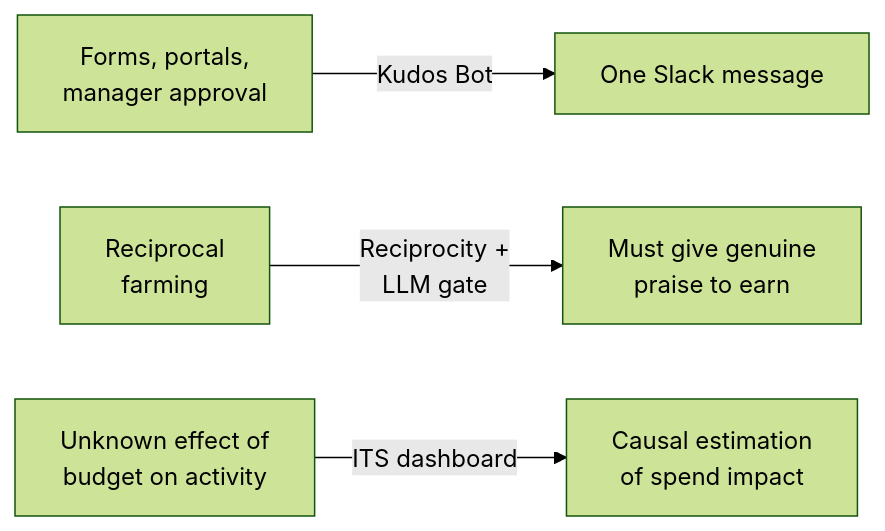
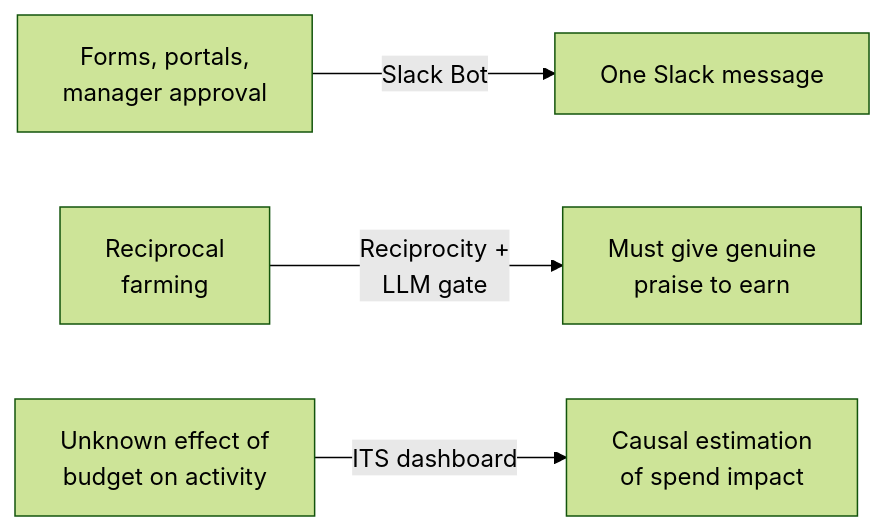
Before and after one commit to samanklesaria/kudos-bot: the first of 6 diagrams in presentation/slideshow.md, drawn with Mermaid (forest theme). The commit also changed other lines of this file and 10 other files, not shown here.

````diff
--- a/presentation/slideshow.md
+++ b/presentation/slideshow.md
@@ -7,6 +7,6 @@
 ```mermaid
 graph LR
-    A["Forms, portals,<br>manager approval"] -->|"Kudos Bot"| B["One Slack message"]
+    A["Forms, portals,<br>manager approval"] -->|"Slack Bot"| B["One Slack message"]
     C["Reciprocal<br>farming"] -->|"Reciprocity +<br>LLM gate"| D["Must give genuine<br>praise to earn"]
     E["Unknown effect of<br>budget on activity"] -->|"ITS dashboard"| F["Causal estimation<br>of spend impact"]
 ```
````
